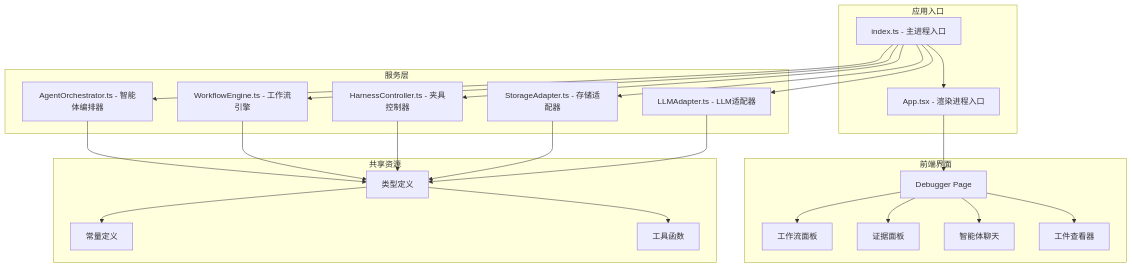
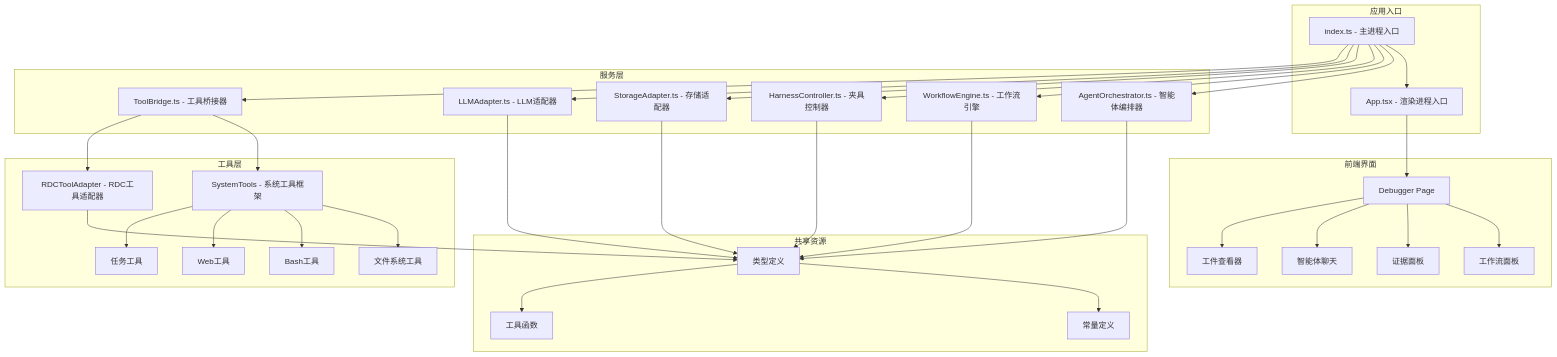
The first of 8 diagrams in .qoder/repowiki/zh/content/架构设计/垂直调试框架.md (haolange/RDC-Agent), drawn with Mermaid before and after one commit. The commit also changed other lines of this file and 3483 other files, not shown here.

````diff
--- a/.qoder/repowiki/zh/content/架构设计/垂直调试框架.md
+++ b/.qoder/repowiki/zh/content/架构设计/垂直调试框架.md
@@ -45,44 +63,61 @@
 ```mermaid
 graph TB
 subgraph "应用入口"
 Main[index.ts - 主进程入口]
 Renderer[App.tsx - 渲染进程入口]
 end
 subgraph "服务层"
 Agent[AgentOrchestrator.ts - 智能体编排器]
 Workflow[WorkflowEngine.ts - 工作流引擎]
 Harness[HarnessController.ts - 夹具控制器]
 Storage[StorageAdapter.ts - 存储适配器]
 LLM[LLMAdapter.ts - LLM适配器]
+ToolBridge[ToolBridge.ts - 工具桥接器]
+end
+subgraph "工具层"
+SystemTools[SystemTools - 系统工具框架]
+RDCTools[RDCToolAdapter - RDC工具适配器]
+FsTools[文件系统工具]
+BashTools[Bash工具]
+WebTools[Web工具]
+TaskTools[任务工具]
 end
 subgraph "前端界面"
 Debugger[Debugger Page]
 WorkflowPanel[工作流面板]
 EvidencePanel[证据面板]
 AgentChat[智能体聊天]
 ArtifactViewer[工件查看器]
 end
 subgraph "共享资源"
 Types[类型定义]
 Constants[常量定义]
 Utils[工具函数]
 end
 Main --> Renderer
 Main --> Agent
 Main --> Workflow
 Main --> Harness
 Main --> Storage
 Main --> LLM
+Main --> ToolBridge
 Renderer --> Debugger
 Debugger --> WorkflowPanel
 Debugger --> EvidencePanel
 Debugger --> AgentChat
 Debugger --> ArtifactViewer
 Agent --> Types
 Workflow --> Types
 Harness --> Types
 Storage --> Types
 LLM --> Types
+ToolBridge --> SystemTools
+ToolBridge --> RDCTools
+SystemTools --> FsTools
+SystemTools --> BashTools
+SystemTools --> WebTools
+SystemTools --> TaskTools
+RDCTools --> Types
 Types --> Constants
 Types --> Utils
 ```
````
